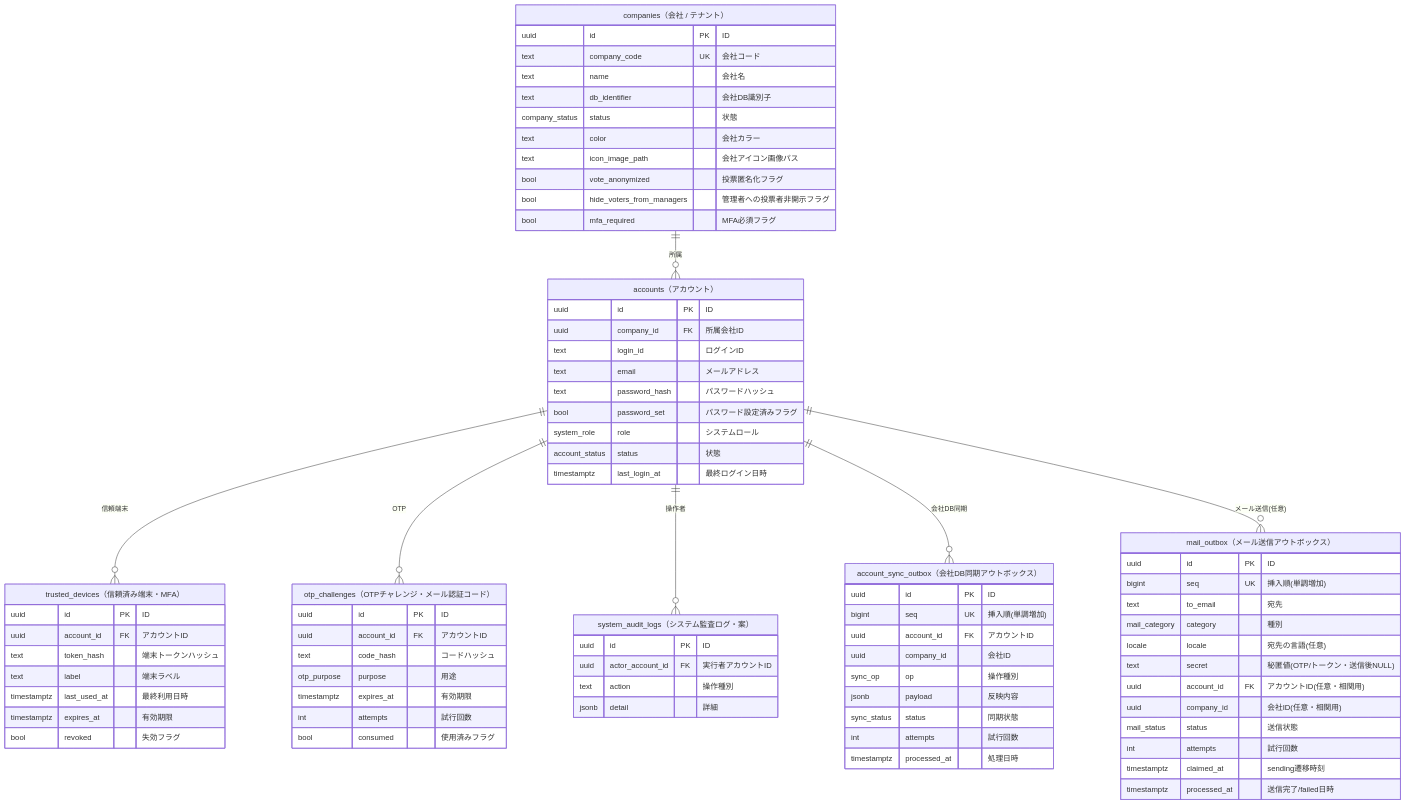
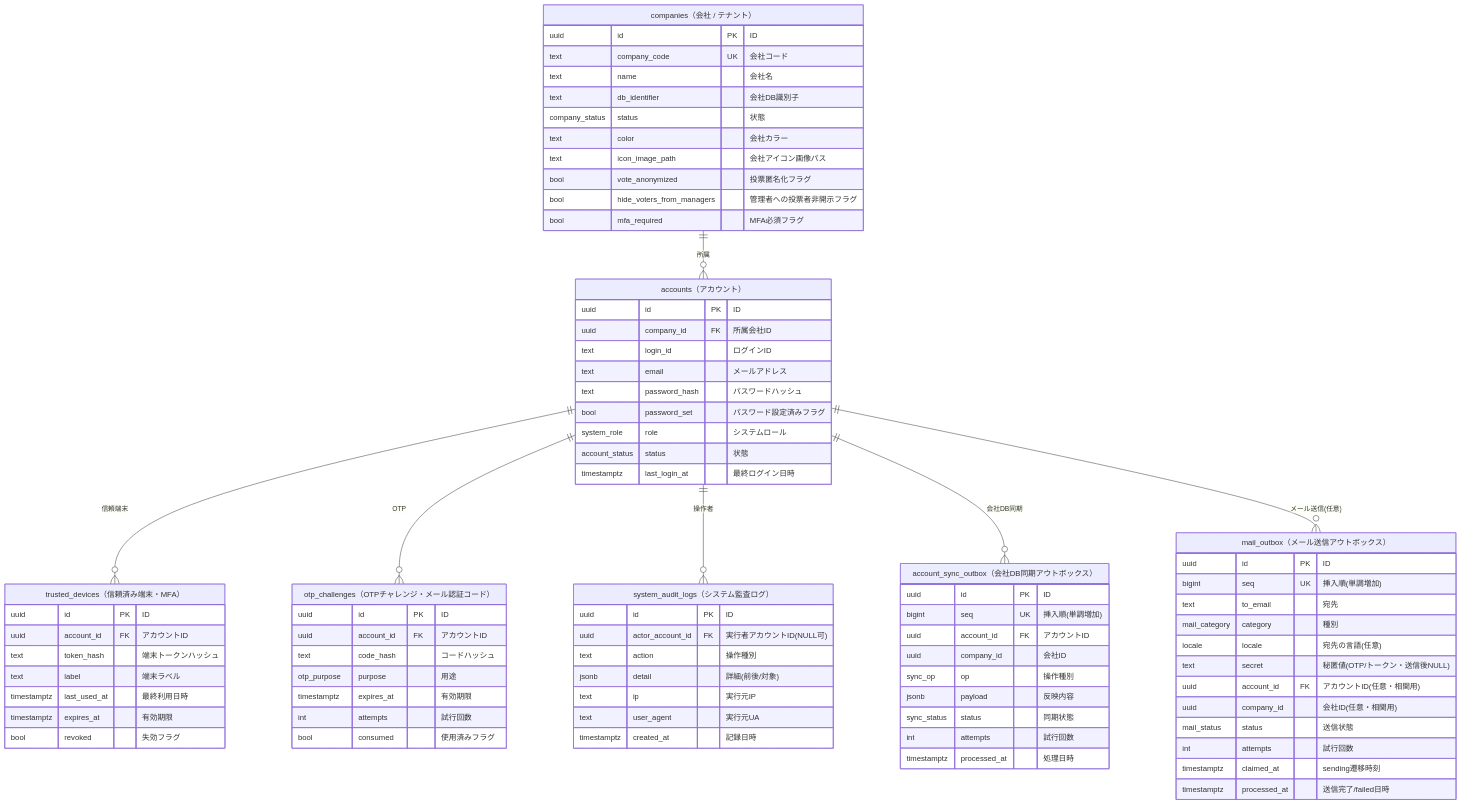
One commit to t-umekawa-sc/sc-ideaquest-G2 changed the second of 4 diagrams in doc/データモデル.md. Above: the diagram before and after it, drawn with Mermaid. The commit also changed other lines of this file and 15 other files, not shown here.

First line of the commit message:
実装 システム監査ログ system_audit_logs（B.6・全特権操作を配線・B-TC-100〜103）

```diff
--- a/doc/データモデル.md
+++ b/doc/データモデル.md
@@ -204,11 +204,14 @@
     int attempts "試行回数"
     bool consumed "使用済みフラグ"
   }
-  system_audit_logs["system_audit_logs（システム監査ログ・案）"] {
+  system_audit_logs["system_audit_logs（システム監査ログ）"] {
     uuid id PK "ID"
-    uuid actor_account_id FK "実行者アカウントID"
+    uuid actor_account_id FK "実行者アカウントID(NULL可)"
     text action "操作種別"
-    jsonb detail "詳細"
+    jsonb detail "詳細(前後/対象)"
+    text ip "実行元IP"
+    text user_agent "実行元UA"
+    timestamptz created_at "記録日時"
   }
   account_sync_outbox["account_sync_outbox（会社DB同期アウトボックス）"] {
     uuid id PK "ID"
```
